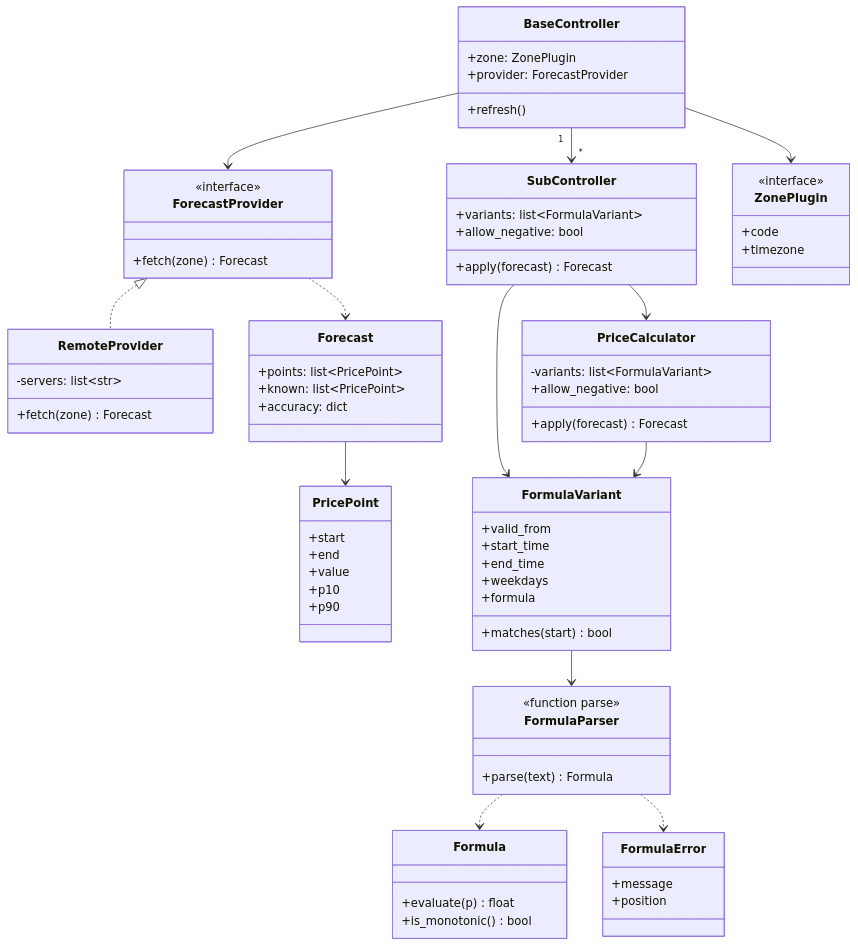
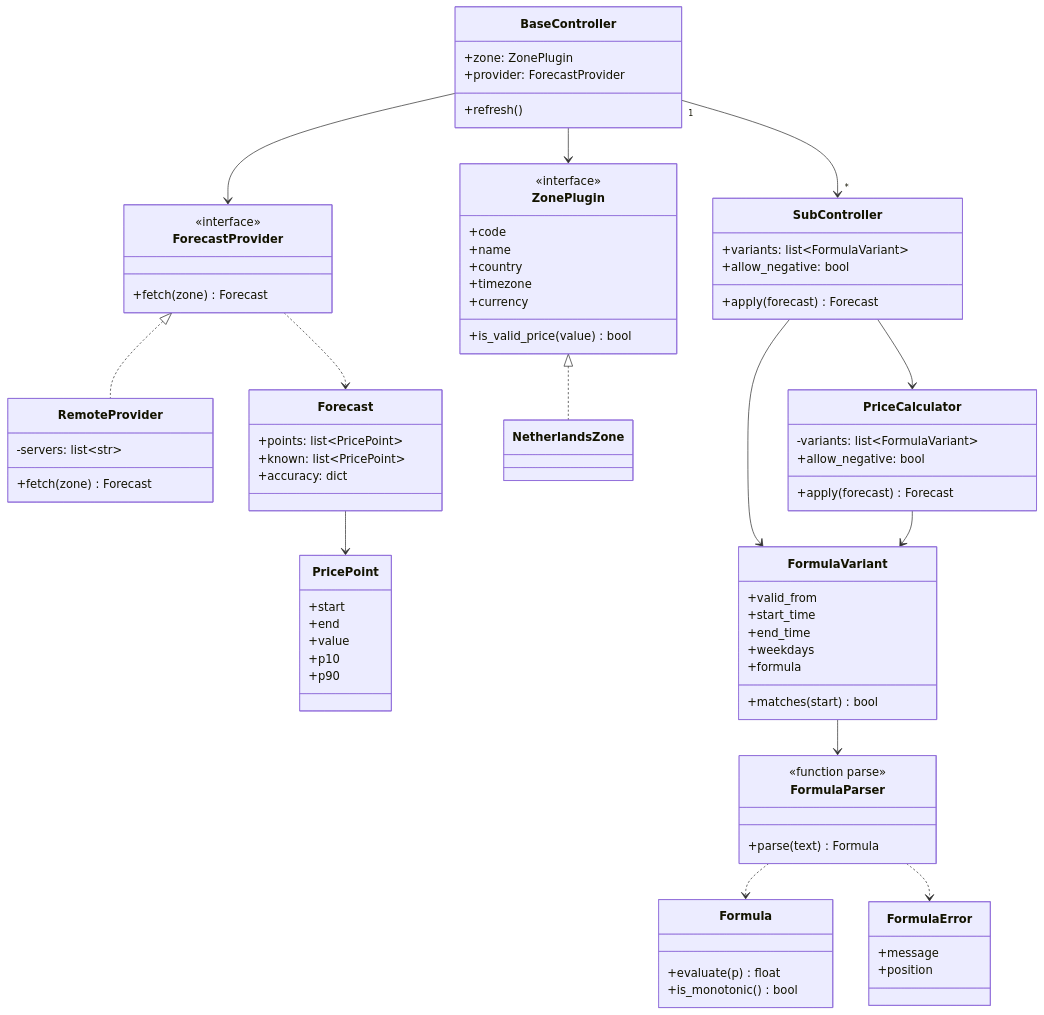
Before and after one commit to abroeders/7day-ahead-price-forecast: the first of 2 diagrams in docs/architecture.md, drawn with Mermaid. The commit also changed 4 other files, not shown here.

Commit message:
feat(zones): zone plugin interface and NL zone (#2)

````diff
--- a/docs/architecture.md
+++ b/docs/architecture.md
@@ -7,75 +7,81 @@
 ```mermaid
 classDiagram
   class ForecastProvider {
     <<interface>>
     +fetch(zone) Forecast
   }
   class RemoteProvider {
     -servers: list~str~
     +fetch(zone) Forecast
   }
   class Forecast {
     +points: list~PricePoint~
     +known: list~PricePoint~
     +accuracy: dict
   }
   class PricePoint {
     +start
     +end
     +value
     +p10
     +p90
   }
   class Formula {
     +evaluate(p) float
     +is_monotonic() bool
   }
   class FormulaParser {
     <<function parse>>
     +parse(text) Formula
   }
   class FormulaError {
     +message
     +position
   }
   class PriceCalculator {
     -variants: list~FormulaVariant~
     +allow_negative: bool
     +apply(forecast) Forecast
   }
   class FormulaVariant {
     +valid_from
     +start_time
     +end_time
     +weekdays
     +formula
     +matches(start) bool
   }
   class SubController {
     +variants: list~FormulaVariant~
     +allow_negative: bool
     +apply(forecast) Forecast
   }
   class BaseController {
     +zone: ZonePlugin
     +provider: ForecastProvider
     +refresh()
   }
   class ZonePlugin {
     <<interface>>
     +code
+    +name
+    +country
     +timezone
+    +currency
+    +is_valid_price(value) bool
   }
+  class NetherlandsZone
+  ZonePlugin <|.. NetherlandsZone
   ForecastProvider <|.. RemoteProvider
   BaseController --> ForecastProvider
   BaseController --> ZonePlugin
   BaseController "1" --> "*" SubController
   SubController --> FormulaVariant
   FormulaVariant --> FormulaParser
   FormulaParser ..> Formula
   FormulaParser ..> FormulaError
   PriceCalculator --> FormulaVariant
   SubController --> PriceCalculator
   ForecastProvider ..> Forecast
   Forecast --> PricePoint
 ```
````
